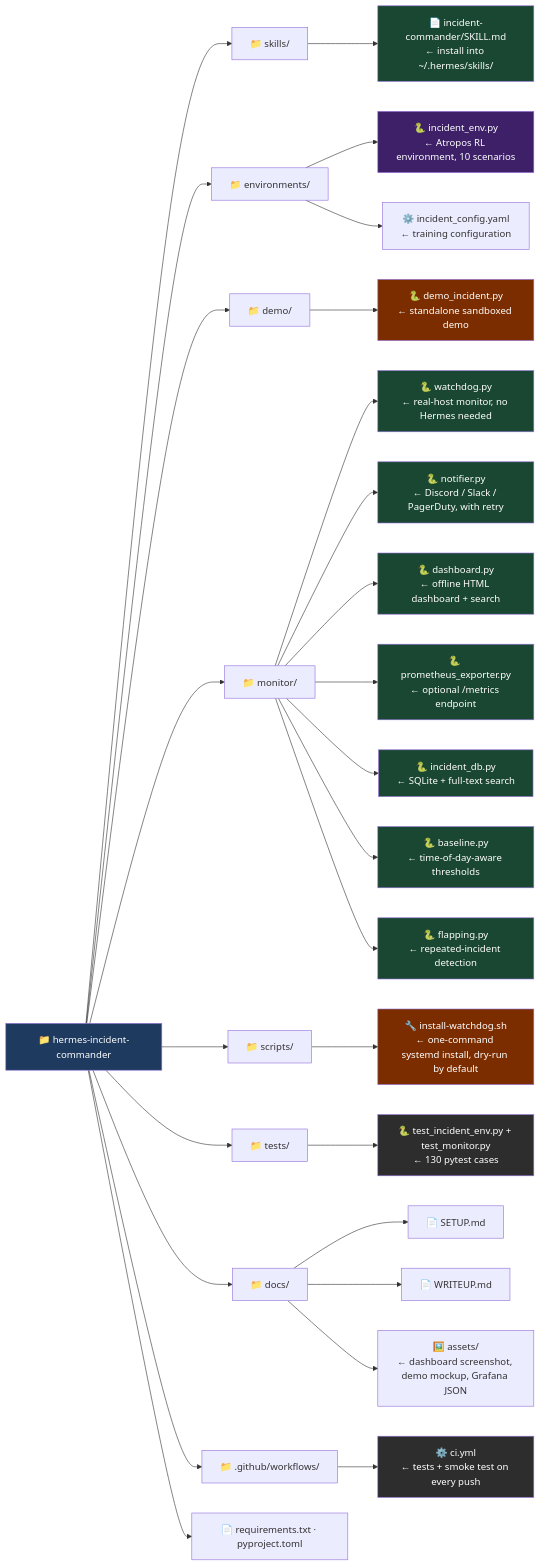
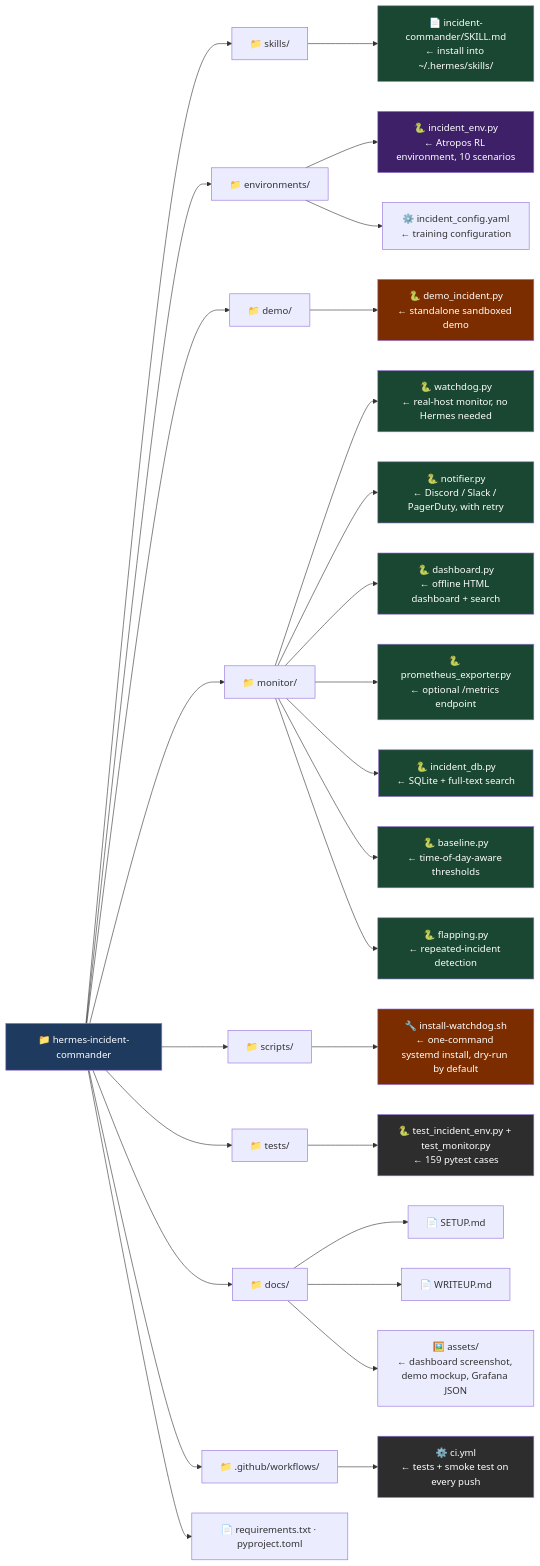
Before and after one commit to Lethe044/hermes-incident-commander: the second of 3 diagrams in README.md, drawn with Mermaid. The commit also changed other lines of this file and 10 other files, not shown here.

Commit message:
v2.5.0: flapping threshold suggestions + notification throttling, incident_db --stats, dashboard category chart, fix path-isolation bug in flapping/baseline/incident_db

````diff
--- a/README.md
+++ b/README.md
@@ -305,54 +335,54 @@
 ```mermaid
 graph LR
     ROOT["📁 hermes-incident-commander"]
 
     ROOT --> SKILLS["📁 skills/"]
     ROOT --> ENVS["📁 environments/"]
     ROOT --> DEMO["📁 demo/"]
     ROOT --> MON["📁 monitor/"]
     ROOT --> SCRIPTS["📁 scripts/"]
     ROOT --> TESTS["📁 tests/"]
     ROOT --> DOCS["📁 docs/"]
     ROOT --> CI["📁 .github/workflows/"]
     ROOT --> REQ["📄 requirements.txt · pyproject.toml"]
 
     SKILLS --> SKILL_MD["📄 incident-commander/SKILL.md<br/>← install into ~/.hermes/skills/"]
 
     ENVS --> ENV_PY["🐍 incident_env.py<br/>← Atropos RL environment, 10 scenarios"]
     ENVS --> ENV_CFG["⚙️ incident_config.yaml<br/>← training configuration"]
 
     DEMO --> DEMO_PY["🐍 demo_incident.py<br/>← standalone sandboxed demo"]
 
     MON --> WATCHDOG["🐍 watchdog.py<br/>← real-host monitor, no Hermes needed"]
     MON --> NOTIFY["🐍 notifier.py<br/>← Discord / Slack / PagerDuty, with retry"]
     MON --> DASH["🐍 dashboard.py<br/>← offline HTML dashboard + search"]
     MON --> PROM["🐍 prometheus_exporter.py<br/>← optional /metrics endpoint"]
     MON --> IDB["🐍 incident_db.py<br/>← SQLite + full-text search"]
     MON --> BASE["🐍 baseline.py<br/>← time-of-day-aware thresholds"]
     MON --> FLAP["🐍 flapping.py<br/>← repeated-incident detection"]
 
     SCRIPTS --> INSTALL["🔧 install-watchdog.sh<br/>← one-command systemd install, dry-run by default"]
 
-    TESTS --> TEST_PY["🐍 test_incident_env.py + test_monitor.py<br/>← 130 pytest cases"]
+    TESTS --> TEST_PY["🐍 test_incident_env.py + test_monitor.py<br/>← 159 pytest cases"]
 
     DOCS --> SETUP["📄 SETUP.md"]
     DOCS --> WRITEUP["📄 WRITEUP.md"]
     DOCS --> ASSETS["🖼️ assets/<br/>← dashboard screenshot, demo mockup, Grafana JSON"]
 
     CI --> CIWORKFLOW["⚙️ ci.yml<br/>← tests + smoke test on every push"]
 
     style ROOT fill:#1e3a5f,color:#fff
     style SKILL_MD fill:#1a4731,color:#fff
     style ENV_PY fill:#3d2068,color:#fff
     style DEMO_PY fill:#7b2d00,color:#fff
     style TEST_PY fill:#2d2d2d,color:#fff
     style WATCHDOG fill:#1a4731,color:#fff
     style NOTIFY fill:#1a4731,color:#fff
     style DASH fill:#1a4731,color:#fff
     style PROM fill:#1a4731,color:#fff
     style IDB fill:#1a4731,color:#fff
     style BASE fill:#1a4731,color:#fff
     style FLAP fill:#1a4731,color:#fff
     style INSTALL fill:#7b2d00,color:#fff
     style CIWORKFLOW fill:#2d2d2d,color:#fff
 ```
````
